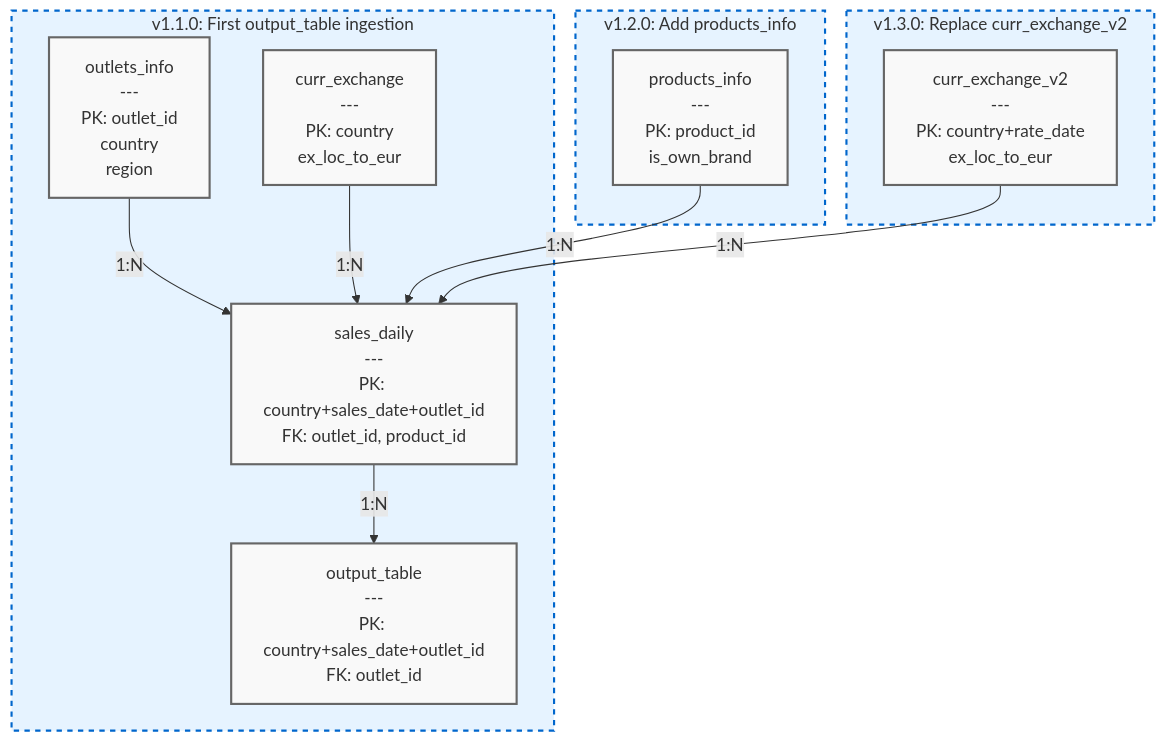
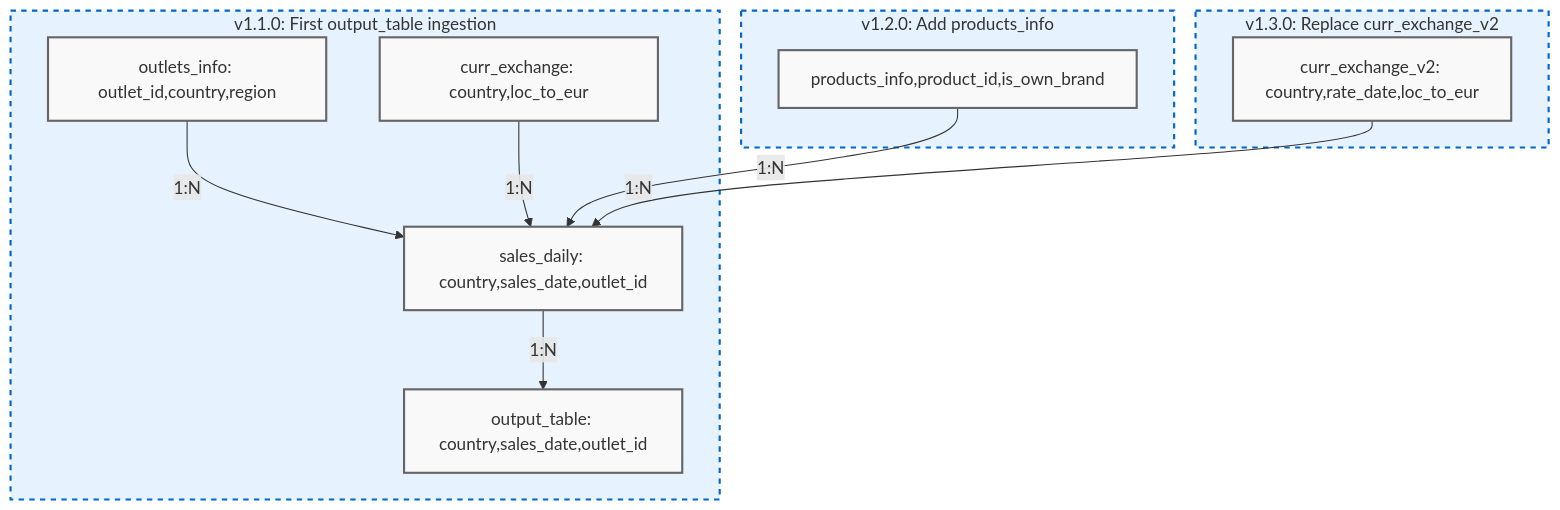
Before and after one commit to juanjoiie/Quality-Engineer-Test: the diagram in test.md, drawn with Mermaid.

````diff
--- a/test.md
+++ b/test.md
@@ -4,33 +4,33 @@
 ```mermaid
 %% MermaidJS Diagram (renders in Markdown-compatible tools)
 flowchart TD
     %% ===== v1.1.0 =====
     subgraph v1_1_0["v1.1.0: First output_table ingestion"]
-        outlets_info["outlets_info\n---\nPK: outlet_id\ncountry\nregion"]
-        curr_exchange["curr_exchange\n---\nPK: country\nex_loc_to_eur"]
-        sales_daily["sales_daily\n---\nPK: country+sales_date+outlet_id\nFK: outlet_id, product_id"]
-        output_table["output_table\n---\nPK: country+sales_date+outlet_id\nFK: outlet_id"]
+        outlets_info["outlets_info: outlet_id,country,region"]
+        curr_exchange["curr_exchange: country,loc_to_eur"]
+        sales_daily["sales_daily: country,sales_date,outlet_id"]
+        output_table["output_table: country,sales_date,outlet_id"]
 
         outlets_info -->|1:N| sales_daily
         curr_exchange -->|1:N| sales_daily
         sales_daily -->|1:N| output_table
     end
 
     %% ===== v1.2.0 =====
     subgraph v1_2_0["v1.2.0: Add products_info"]
-        products_info["products_info\n---\nPK: product_id\nis_own_brand"]
+        products_info["products_info,product_id,is_own_brand"]
         products_info -->|1:N| sales_daily
     end
 
     %% ===== v1.3.0 =====
     subgraph v1_3_0["v1.3.0: Replace curr_exchange_v2"]
-        curr_exchange_v2["curr_exchange_v2\n---\nPK: country+rate_date\nex_loc_to_eur"]
+        curr_exchange_v2["curr_exchange_v2: country,rate_date,loc_to_eur"]
         curr_exchange_v2 -->|1:N| sales_daily
     end
 
     %% Styling
     classDef entity fill:#f9f9f9,stroke:#666,stroke-width:2px;
     classDef version fill:#e6f3ff,stroke:#0066cc,stroke-width:2px,stroke-dasharray:5;
     class outlets_info,curr_exchange,sales_daily,output_table,products_info,curr_exchange_v2 entity;
     class v1_1_0,v1_2_0,v1_3_0 version;
 ```
````
